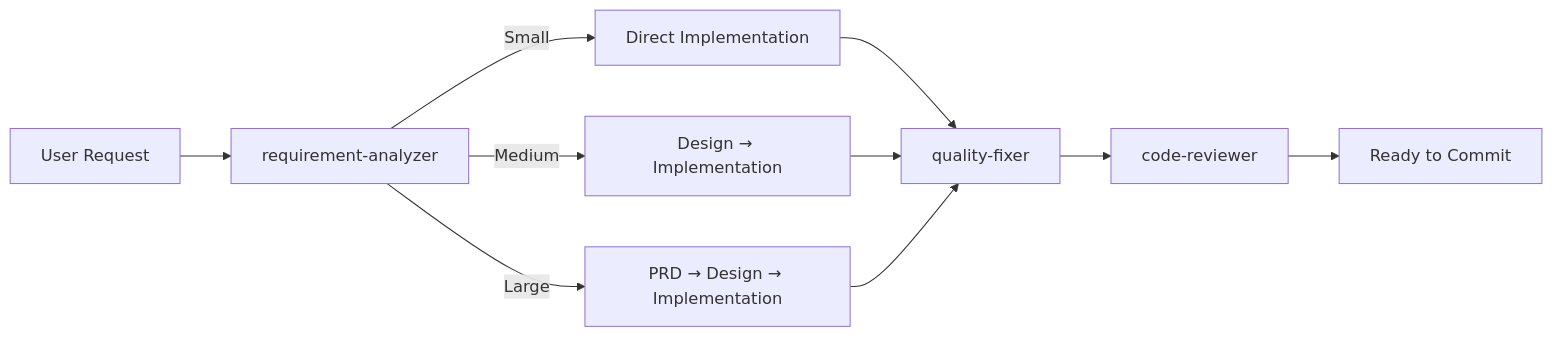
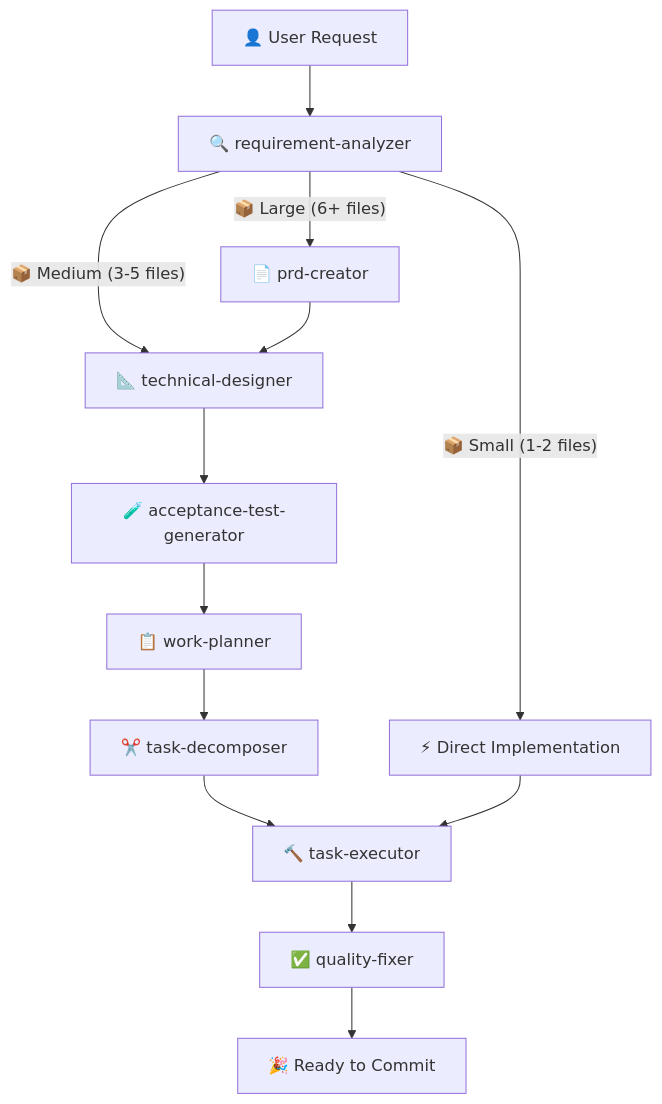
Before and after one commit to shinpr/claude-code-workflows: the diagram in README.md, drawn with Mermaid. The commit also changed other lines of this file, not shown here.

Commit message:
docs: reorganize README structure for better UX
- Move "How It Works" section immediately after Quick Start
- Move "Workflow Commands" before "Specialized Agents"
- Move SSH setup details to FAQ section
- Remove "Documentation" section (consolidated into workflow)

Improves information hierarchy: concept → commands → details
Streamlines first impression by reducing visual noise in Quick Start

🤖 Generated with [Claude Code](https://claude.com/claude-code)

````diff
--- a/README.md
+++ b/README.md
@@ -134,13 +37,19 @@
 ```mermaid
-graph LR
-    A[User Request] --> B[requirement-analyzer]
-    B -->|Small| C[Direct Implementation]
-    B -->|Medium| D[Design → Implementation]
-    B -->|Large| E[PRD → Design → Implementation]
+graph TB
+    A[👤 User Request] --> B[🔍 requirement-analyzer]
 
-    C --> F[quality-fixer]
-    D --> F
-    E --> F
-    F --> G[code-reviewer]
-    G --> H[Ready to Commit]
+    B --> |"📦 Large (6+ files)"| C[📄 prd-creator]
+    B --> |"📦 Medium (3-5 files)"| D[📐 technical-designer]
+    B --> |"📦 Small (1-2 files)"| E[⚡ Direct Implementation]
+
+    C --> D
+    D --> F[🧪 acceptance-test-generator]
+    F --> G[📋 work-planner]
+    G --> H[✂️ task-decomposer]
+
+    H --> I[🔨 task-executor]
+    E --> I
+
+    I --> J[✅ quality-fixer]
+    J --> K[🎉 Ready to Commit]
 ```
````
